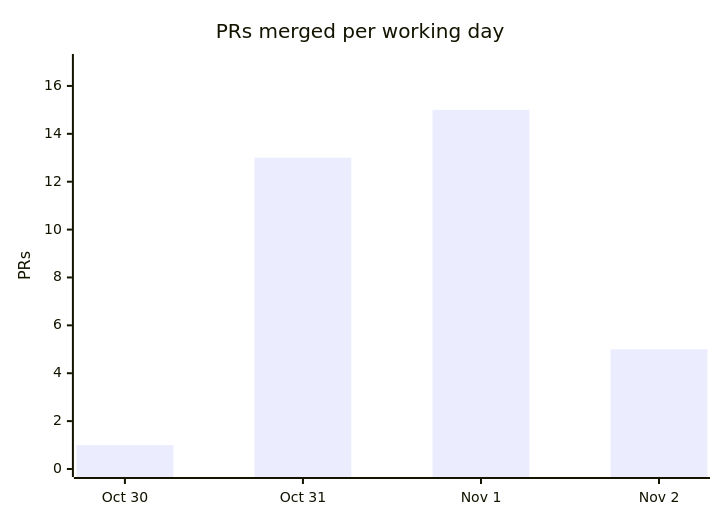
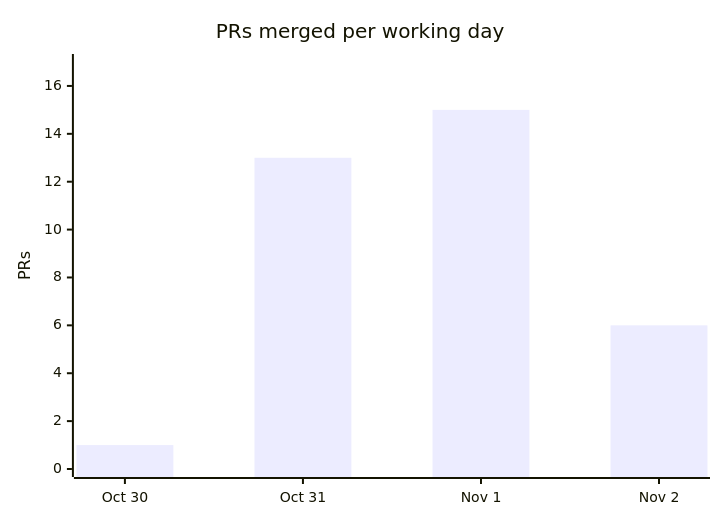
One commit to cmprssd/nfsh changed the fourth of 4 diagrams in docs/OVERVIEW.md. Above: the diagram before and after it, drawn with Mermaid. The commit also changed other lines of this file and 12 other files, not shown here.

````diff
--- a/docs/OVERVIEW.md
+++ b/docs/OVERVIEW.md
@@ -139,7 +139,7 @@
 ```mermaid
 xychart-beta
     title "PRs merged per working day"
     x-axis ["Oct 30", "Oct 31", "Nov 1", "Nov 2"]
     y-axis "PRs" 0 --> 17
-    bar [1, 13, 15, 5]
+    bar [1, 13, 15, 6]
 ```
````
